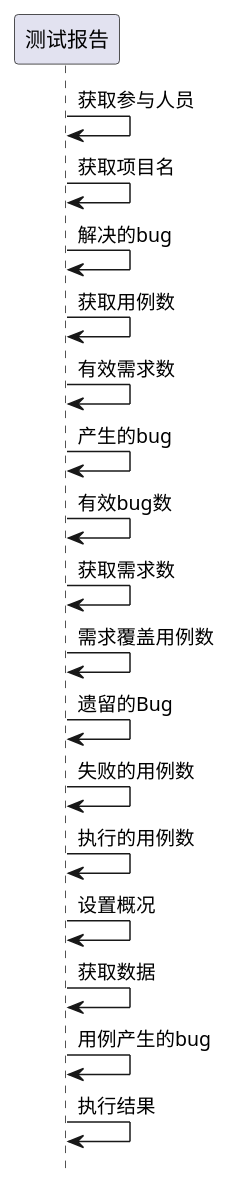
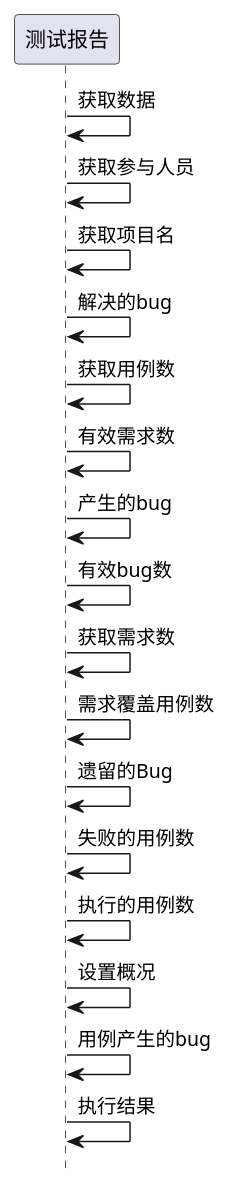
One commit to goblinln/iBizPMS changed the second of 9 diagrams in ibizpms-docs/src/main/doc/v1/module/zentao/TestReport_old.md. Above: the diagram before and after it, drawn with PlantUML. The commit also changed other lines of this file and 230 other files, not shown here.

```diff
--- a/ibizpms-docs/src/main/doc/v1/module/zentao/TestReport_old.md
+++ b/ibizpms-docs/src/main/doc/v1/module/zentao/TestReport_old.md
@@ -101,20 +101,20 @@
 {% plantuml %}
 hide footbox
 
+测试报告 -> 测试报告: 获取数据
 测试报告 -> 测试报告: 获取参与人员
 测试报告 -> 测试报告: 获取项目名
 测试报告 -> 测试报告: 解决的bug
 测试报告 -> 测试报告: 获取用例数
 测试报告 -> 测试报告: 有效需求数
 测试报告 -> 测试报告: 产生的bug
 测试报告 -> 测试报告: 有效bug数
 测试报告 -> 测试报告: 获取需求数
 测试报告 -> 测试报告: 需求覆盖用例数
 测试报告 -> 测试报告: 遗留的Bug
 测试报告 -> 测试报告: 失败的用例数
 测试报告 -> 测试报告: 执行的用例数
 测试报告 -> 测试报告: 设置概况
-测试报告 -> 测试报告: 获取数据
 测试报告 -> 测试报告: 用例产生的bug
 测试报告 -> 测试报告: 执行结果
 {% endplantuml %}
```
